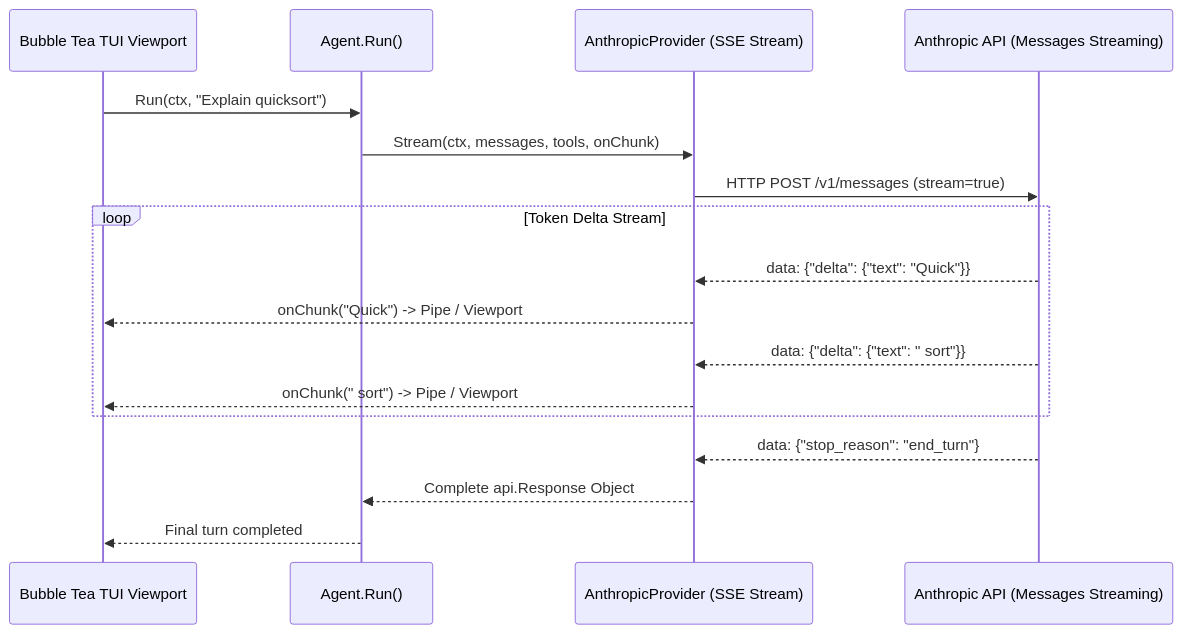
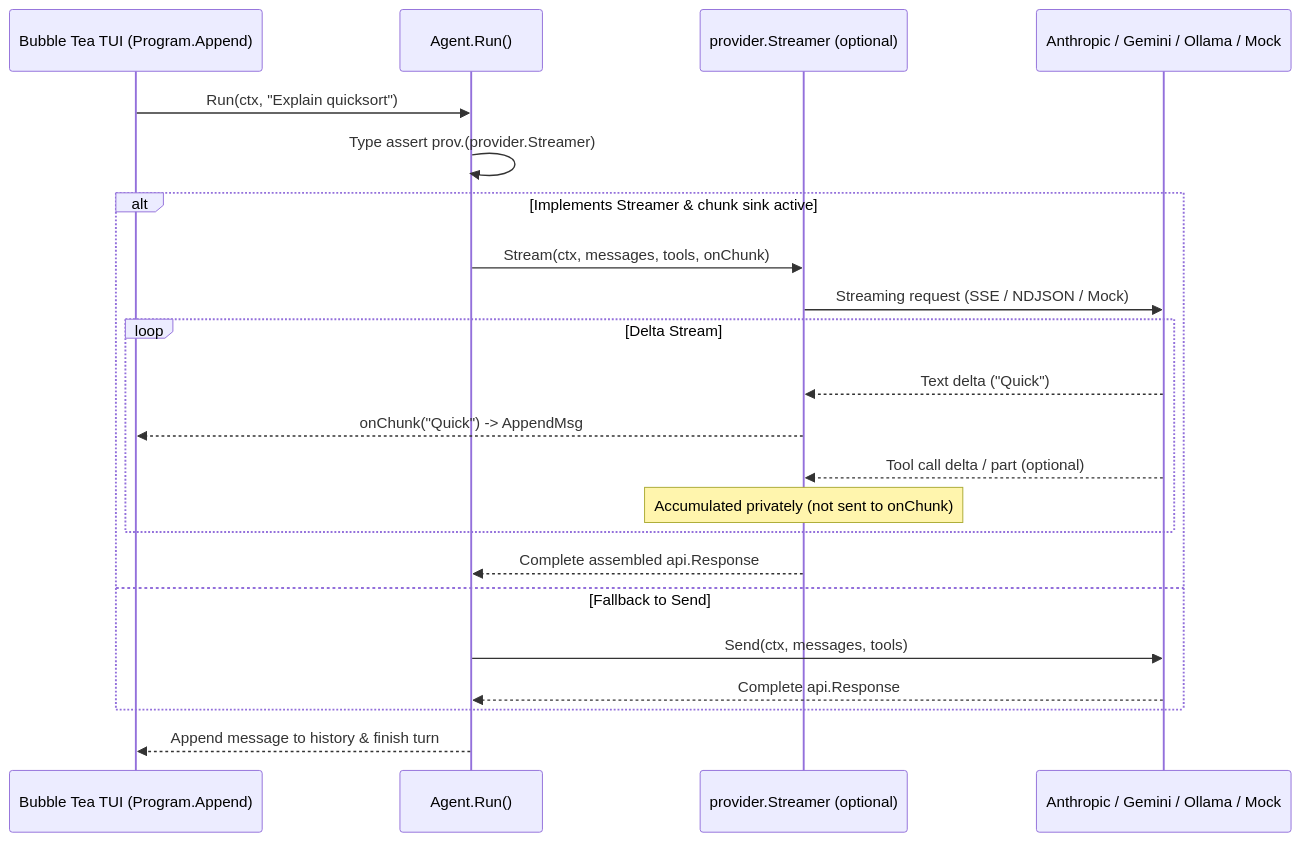
The diagram in docs/steps/17-streaming-responses.md (AntonioHellin/phi-code-agent), drawn with Mermaid before and after one commit. The commit also changed other lines of this file and 18 other files, not shown here.

Commit message:
step/17-streaming-responses: feat: implement optional Streamer contract across Anthropic, Gemini, Ollama, Mock, Agent, and TUI

````diff
--- a/docs/steps/17-streaming-responses.md
+++ b/docs/steps/17-streaming-responses.md
@@ -9,20 +9,25 @@
 ```mermaid
 sequenceDiagram
-    participant UI as Bubble Tea TUI Viewport
+    participant UI as Bubble Tea TUI (Program.Append)
     participant Agent as Agent.Run()
-    participant Provider as AnthropicProvider (SSE Stream)
-    participant API as Anthropic API (Messages Streaming)
+    participant Streamer as provider.Streamer (optional)
+    participant API as Anthropic / Gemini / Ollama / Mock
 
     UI->>Agent: Run(ctx, "Explain quicksort")
-    Agent->>Provider: Stream(ctx, messages, tools, onChunk)
-    Provider->>API: HTTP POST /v1/messages (stream=true)
-    loop Token Delta Stream
-        API-->>Provider: data: {"delta": {"text": "Quick"}}
-        Provider-->>UI: onChunk("Quick") -> Pipe / Viewport
-        API-->>Provider: data: {"delta": {"text": " sort"}}
-        Provider-->>UI: onChunk(" sort") -> Pipe / Viewport
+    Agent->>Agent: Type assert prov.(provider.Streamer)
+    alt Implements Streamer & chunk sink active
+        Agent->>Streamer: Stream(ctx, messages, tools, onChunk)
+        Streamer->>API: Streaming request (SSE / NDJSON / Mock)
+        loop Delta Stream
+            API-->>Streamer: Text delta ("Quick")
+            Streamer-->>UI: onChunk("Quick") -> AppendMsg
+            API-->>Streamer: Tool call delta / part (optional)
+            Note over Streamer: Accumulated privately (not sent to onChunk)
+        end
+        Streamer-->>Agent: Complete assembled api.Response
+    else Fallback to Send
+        Agent->>API: Send(ctx, messages, tools)
+        API-->>Agent: Complete api.Response
     end
-    API-->>Provider: data: {"stop_reason": "end_turn"}
-    Provider-->>Agent: Complete api.Response Object
-    Agent-->>UI: Final turn completed
+    Agent-->>UI: Append message to history & finish turn
 ```
````
